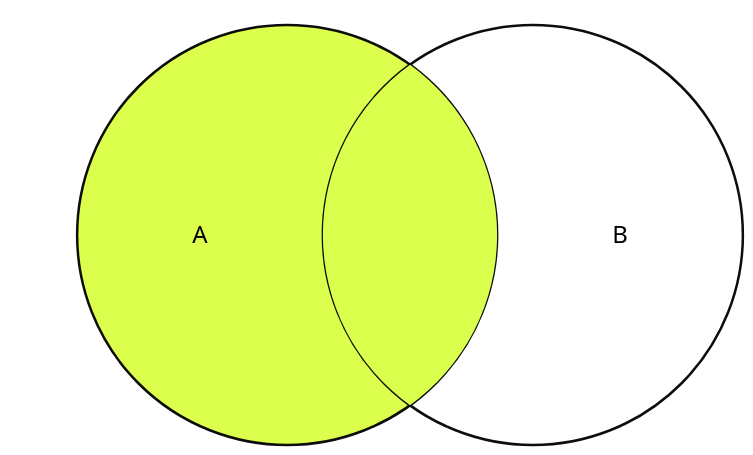
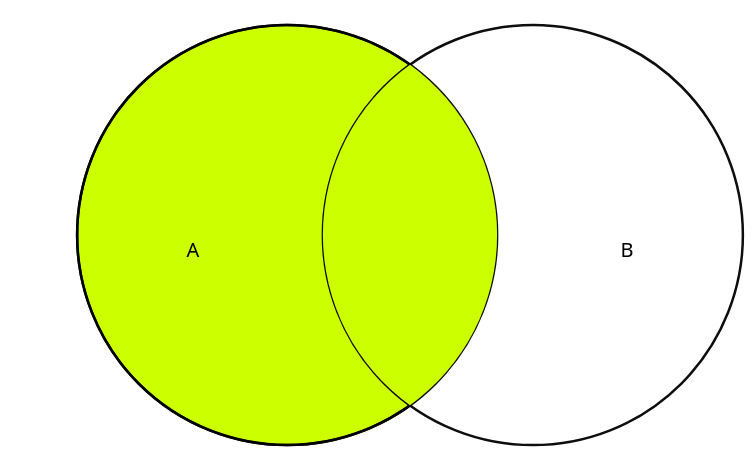
One commit to scyanth/plugin-join changed the third of 8 diagrams in src/main/resources/doc/guides/join_types.md. Above: the diagram before and after it, drawn with Mermaid. The commit also changed other lines of this file, not shown here.

Commit message:
doc: fix colors of mermaid venn diagrams in join types guide

````diff
--- a/src/main/resources/doc/guides/join_types.md
+++ b/src/main/resources/doc/guides/join_types.md
@@ -42,9 +60,18 @@
 ```mermaid
 venn-beta
     set A:10
     set B:10
+        text labelB["B"]
+    set A2:10
+    union A,A2:10
+        text labelA["A"]
     union A,B:3
-    style A fill:#ccff00,fill-opacity:0.7,stroke:#000000,color:#000000
-    style B fill:#ffffff,fill-opacity:0,stroke:#000000,color:#000000
-    style A,B fill:#dbff4d
+    union A2,B:3
+    union A,A2,B:3
+    style A fill:#ccff00,fill-opacity:1,stroke:#000000,color:transparent
+    style B fill:#ffffff,fill-opacity:1,stroke:#000000,color:transparent
+    style A2 fill:#ffffff,fill-opacity:0,stroke:#000000,color:transparent
+    style A,A2,B fill:#ccff00
+    style labelA color:#000000
+    style labelB color:#000000
 ```
````
